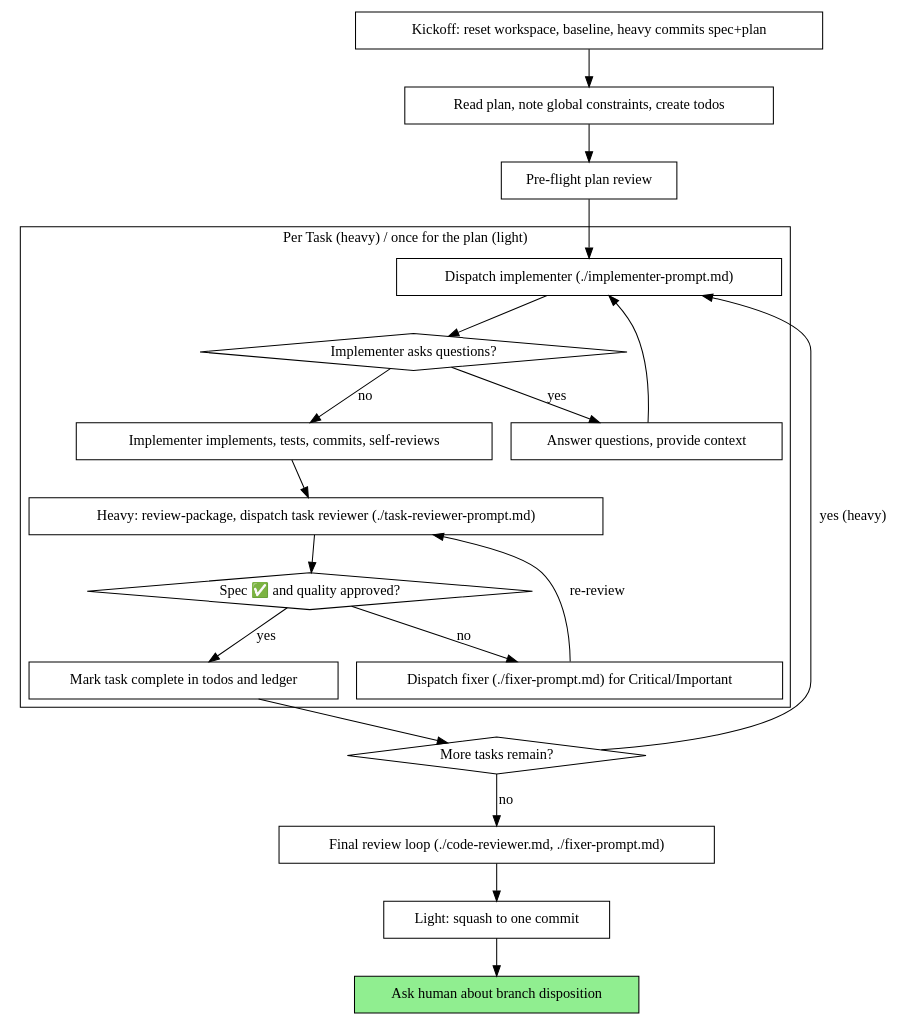
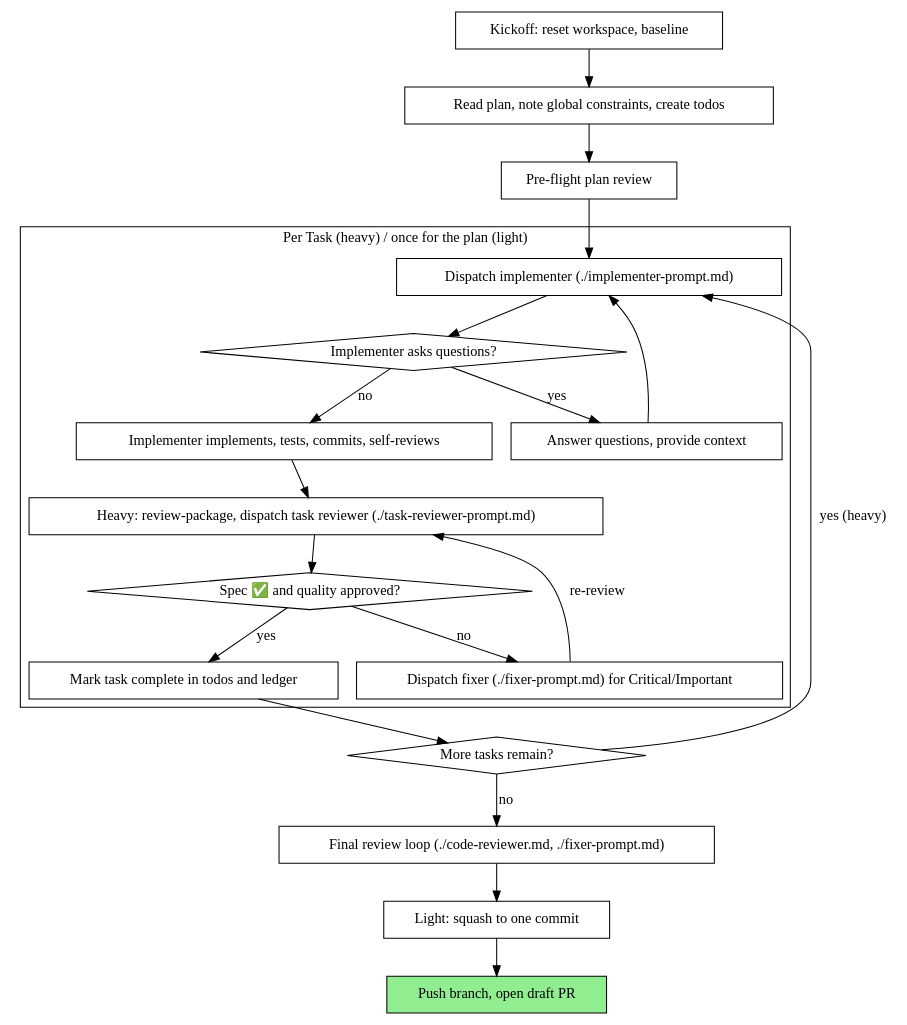
The diagram in skills/subagent-driven-development/SKILL.md (ipoeyke/minipowers), drawn with Graphviz before and after one commit. The commit also changed other lines of this file and 22 other files, not shown here.

````diff
--- a/skills/subagent-driven-development/SKILL.md
+++ b/skills/subagent-driven-development/SKILL.md
@@ -29,43 +31,43 @@
 ```dot
 digraph process {
     rankdir=TB;
 
     subgraph cluster_per_task {
         label="Per Task (heavy) / once for the plan (light)";
         "Dispatch implementer (./implementer-prompt.md)" [shape=box];
         "Implementer asks questions?" [shape=diamond];
         "Answer questions, provide context" [shape=box];
         "Implementer implements, tests, commits, self-reviews" [shape=box];
         "Heavy: review-package, dispatch task reviewer (./task-reviewer-prompt.md)" [shape=box];
         "Spec ✅ and quality approved?" [shape=diamond];
         "Dispatch fixer (./fixer-prompt.md) for Critical/Important" [shape=box];
         "Mark task complete in todos and ledger" [shape=box];
     }
 
-    "Kickoff: reset workspace, baseline, heavy commits spec+plan" [shape=box];
+    "Kickoff: reset workspace, baseline" [shape=box];
     "Read plan, note global constraints, create todos" [shape=box];
     "Pre-flight plan review" [shape=box];
     "More tasks remain?" [shape=diamond];
     "Final review loop (./code-reviewer.md, ./fixer-prompt.md)" [shape=box];
     "Light: squash to one commit" [shape=box];
-    "Ask human about branch disposition" [shape=box style=filled fillcolor=lightgreen];
+    "Push branch, open draft PR" [shape=box style=filled fillcolor=lightgreen];
 
-    "Kickoff: reset workspace, baseline, heavy commits spec+plan" -> "Read plan, note global constraints, create todos";
+    "Kickoff: reset workspace, baseline" -> "Read plan, note global constraints, create todos";
     "Read plan, note global constraints, create todos" -> "Pre-flight plan review";
     "Pre-flight plan review" -> "Dispatch implementer (./implementer-prompt.md)";
     "Dispatch implementer (./implementer-prompt.md)" -> "Implementer asks questions?";
     "Implementer asks questions?" -> "Answer questions, provide context" [label="yes"];
     "Answer questions, provide context" -> "Dispatch implementer (./implementer-prompt.md)";
     "Implementer asks questions?" -> "Implementer implements, tests, commits, self-reviews" [label="no"];
     "Implementer implements, tests, commits, self-reviews" -> "Heavy: review-package, dispatch task reviewer (./task-reviewer-prompt.md)";
     "Heavy: review-package, dispatch task reviewer (./task-reviewer-prompt.md)" -> "Spec ✅ and quality approved?";
     "Spec ✅ and quality approved?" -> "Dispatch fixer (./fixer-prompt.md) for Critical/Important" [label="no"];
     "Dispatch fixer (./fixer-prompt.md) for Critical/Important" -> "Heavy: review-package, dispatch task reviewer (./task-reviewer-prompt.md)" [label="re-review"];
     "Spec ✅ and quality approved?" -> "Mark task complete in todos and ledger" [label="yes"];
     "Mark task complete in todos and ledger" -> "More tasks remain?";
     "More tasks remain?" -> "Dispatch implementer (./implementer-prompt.md)" [label="yes (heavy)"];
     "More tasks remain?" -> "Final review loop (./code-reviewer.md, ./fixer-prompt.md)" [label="no"];
     "Final review loop (./code-reviewer.md, ./fixer-prompt.md)" -> "Light: squash to one commit";
-    "Light: squash to one commit" -> "Ask human about branch disposition";
+    "Light: squash to one commit" -> "Push branch, open draft PR";
 }
 ```
````
